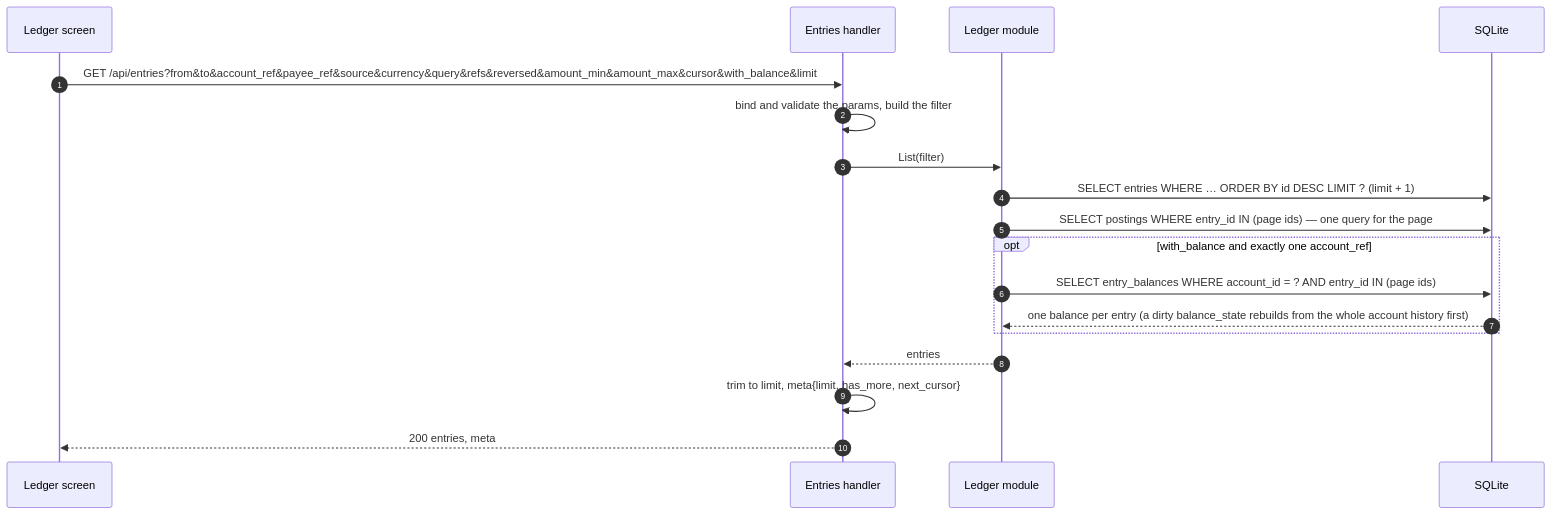
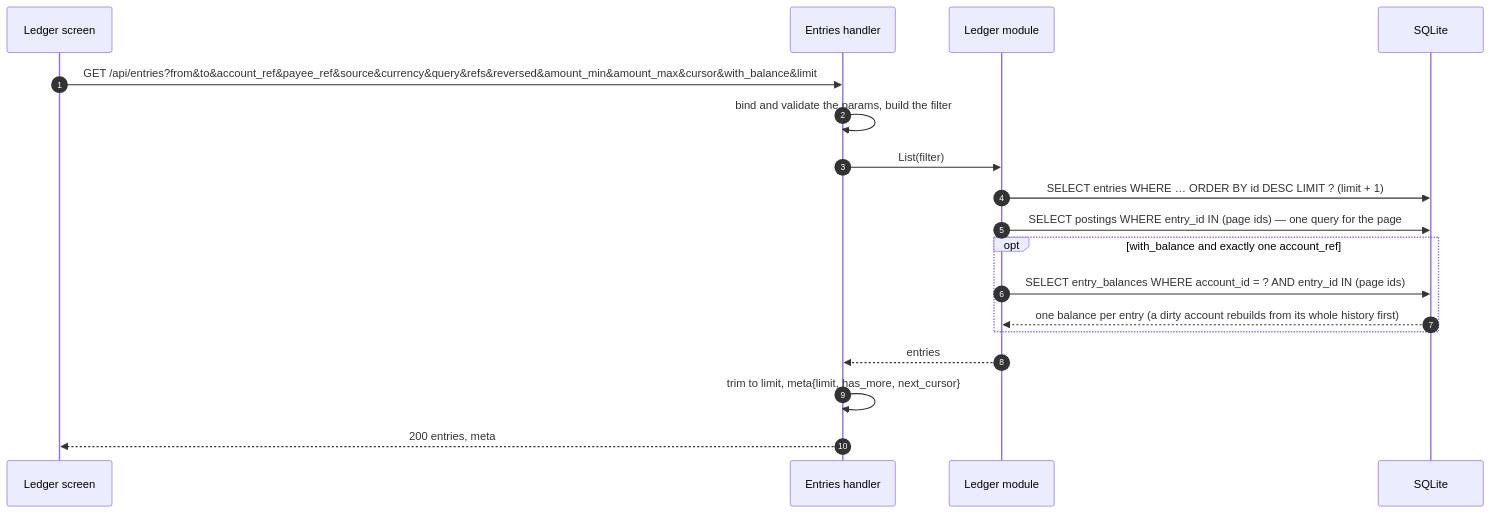
The diagram in docs/endpoints/GET_api_entries.md (dimasbaguspm/spenicle), drawn with Mermaid before and after one commit. The commit also changed other lines of this file and 21 other files, not shown here.

Commit message:
perf(db): keep each account's balance on its own row

````diff
--- a/docs/endpoints/GET_api_entries.md
+++ b/docs/endpoints/GET_api_entries.md
@@ -106,20 +106,20 @@
 ```mermaid
 sequenceDiagram
     autonumber
     participant UI as Ledger screen
     participant H as Entries handler
     participant L as Ledger module
     participant DB as SQLite
     UI->>H: GET /api/entries?from&to&account_ref&payee_ref&source&currency&query&refs&reversed&amount_min&amount_max&cursor&with_balance&limit
     H->>H: bind and validate the params, build the filter
     H->>L: List(filter)
     L->>DB: SELECT entries WHERE … ORDER BY id DESC LIMIT ? (limit + 1)
     L->>DB: SELECT postings WHERE entry_id IN (page ids) — one query for the page
     opt with_balance and exactly one account_ref
         L->>DB: SELECT entry_balances WHERE account_id = ? AND entry_id IN (page ids)
-        DB-->>L: one balance per entry (a dirty balance_state rebuilds from the whole account history first)
+        DB-->>L: one balance per entry (a dirty account rebuilds from its whole history first)
     end
     L-->>H: entries
     H->>H: trim to limit, meta{limit, has_more, next_cursor}
     H-->>UI: 200 entries, meta
 ```
````
